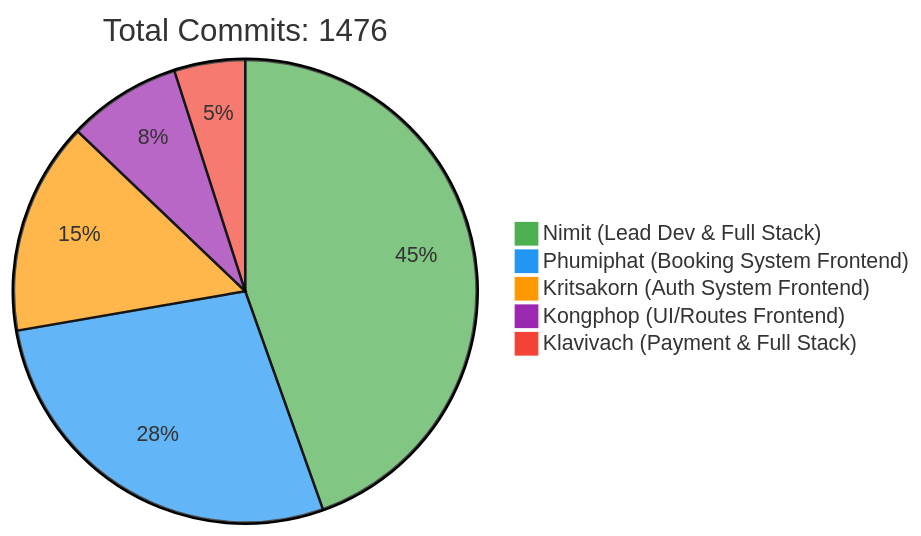
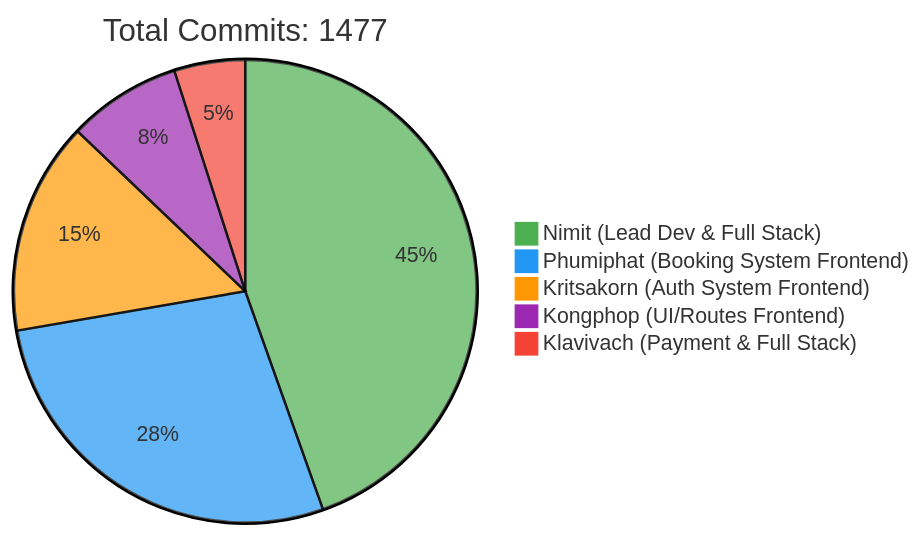
One commit to 6531503042/Sport-Complex changed the first of 2 diagrams in README.md. Above: the diagram before and after it, drawn with Mermaid. The commit also changed other lines of this file, not shown here.

Commit message:
docs: Update contributor statistics [skip ci]

````diff
--- a/README.md
+++ b/README.md
@@ -257,10 +257,10 @@
 ```mermaid
 %%{init: {'theme': 'base', 'themeVariables': { 'pie1': '#4CAF50', 'pie2': '#2196F3', 'pie3': '#FF9800', 'pie4': '#9C27B0', 'pie5': '#F44336'}}}%%
 pie
-    title Total Commits: 1476
+    title Total Commits: 1477
     "Nimit (Lead Dev & Full Stack)" : 450
     "Phumiphat (Booking System Frontend)" : 280
     "Kritsakorn (Auth System Frontend)" : 150
     "Kongphop (UI/Routes Frontend)" : 80
     "Klavivach (Payment & Full Stack)" : 50
 ```
````
